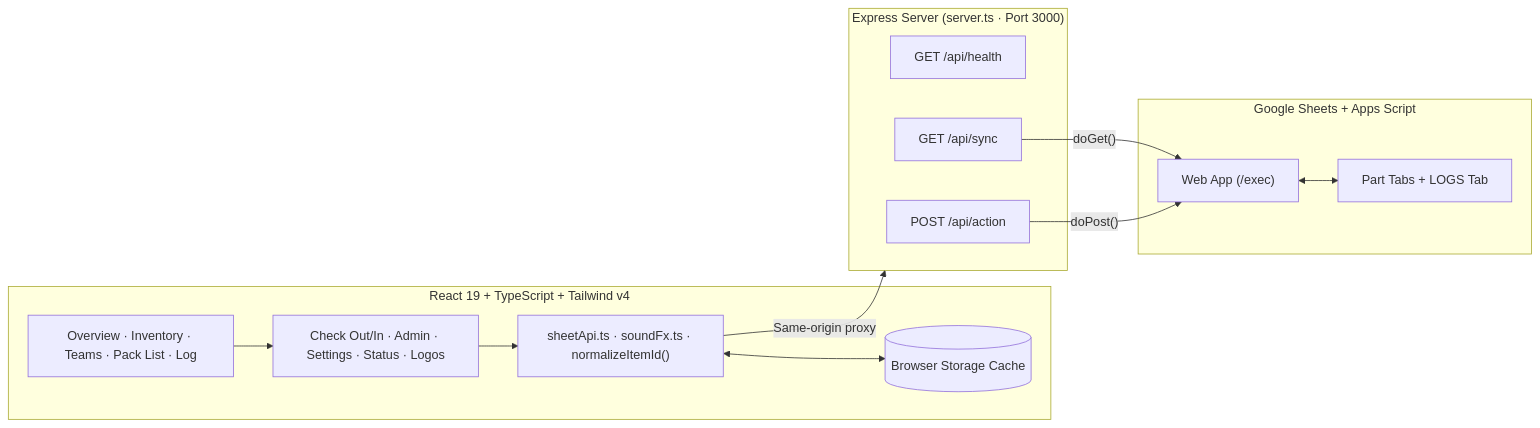
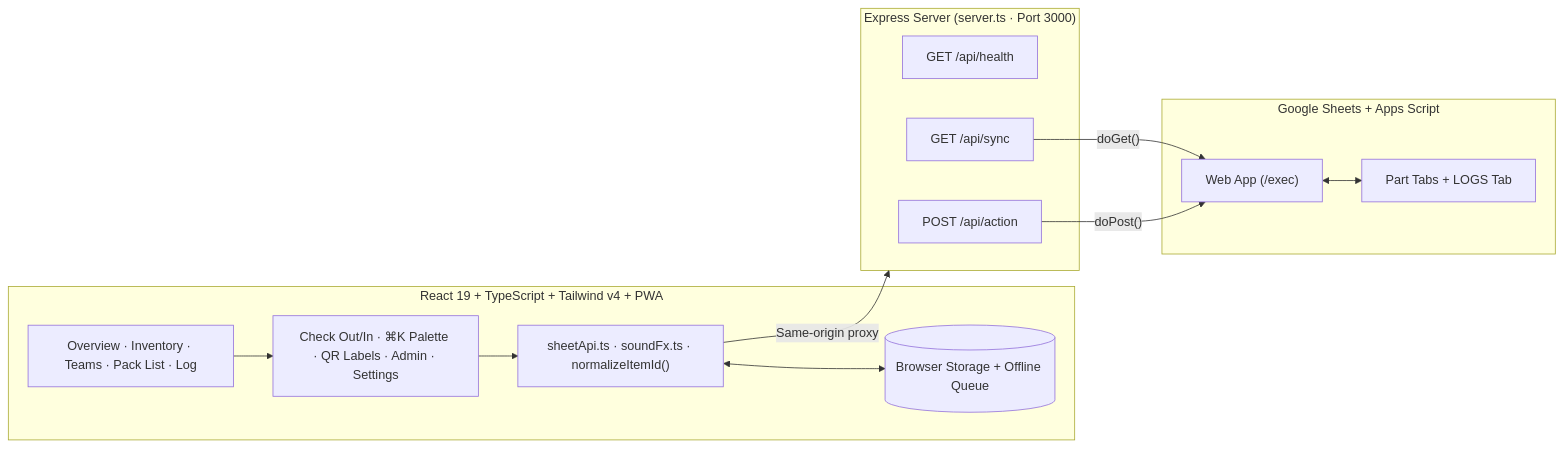
One commit to AlpineVX/Vex-Inventory-system changed the diagram in README.md. Above: the diagram before and after it, drawn with Mermaid. The commit also changed other lines of this file and 28 other files, not shown here.

````diff
--- a/README.md
+++ b/README.md
@@ -89,27 +93,27 @@
 ```mermaid
 flowchart LR
-    subgraph Client["React 19 + TypeScript + Tailwind v4"]
+    subgraph Client["React 19 + TypeScript + Tailwind v4 + PWA"]
         Views["Overview · Inventory · Teams · Pack List · Log"]
-        Modals["Check Out/In · Admin · Settings · Status · Logos"]
+        Modals["Check Out/In · ⌘K Palette · QR Labels · Admin · Settings"]
         Services["sheetApi.ts · soundFx.ts · normalizeItemId()"]
-        Cache[("Browser Storage Cache")]
+        Cache[("Browser Storage + Offline Queue")]
         Views --> Modals --> Services
         Services <--> Cache
     end
 
     subgraph Server["Express Server (server.ts · Port 3000)"]
         Health["GET /api/health"]
         Sync["GET /api/sync"]
         Action["POST /api/action"]
     end
 
     subgraph Google["Google Sheets + Apps Script"]
         GAS["Web App (/exec)"]
         Tabs["Part Tabs + LOGS Tab"]
         GAS <--> Tabs
     end
 
     Services -->|"Same-origin proxy"| Server
     Sync -->|"doGet()"| GAS
     Action -->|"doPost()"| GAS
 ```
````
